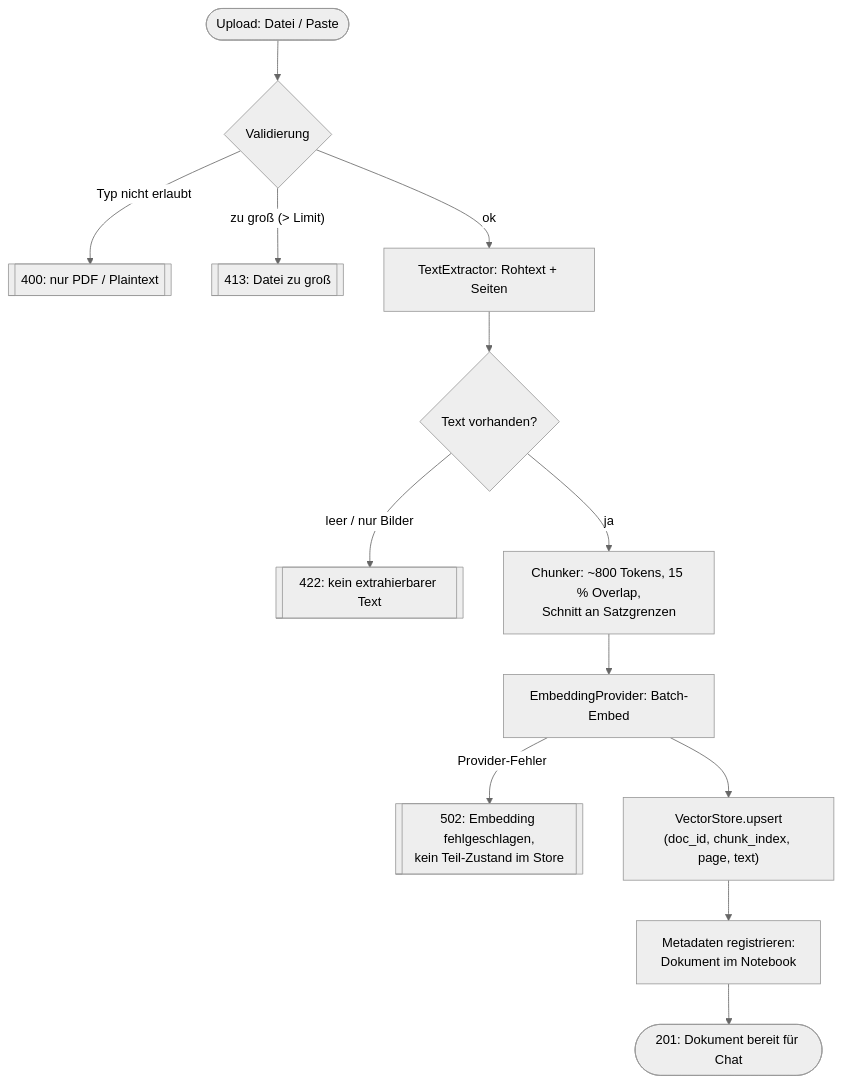
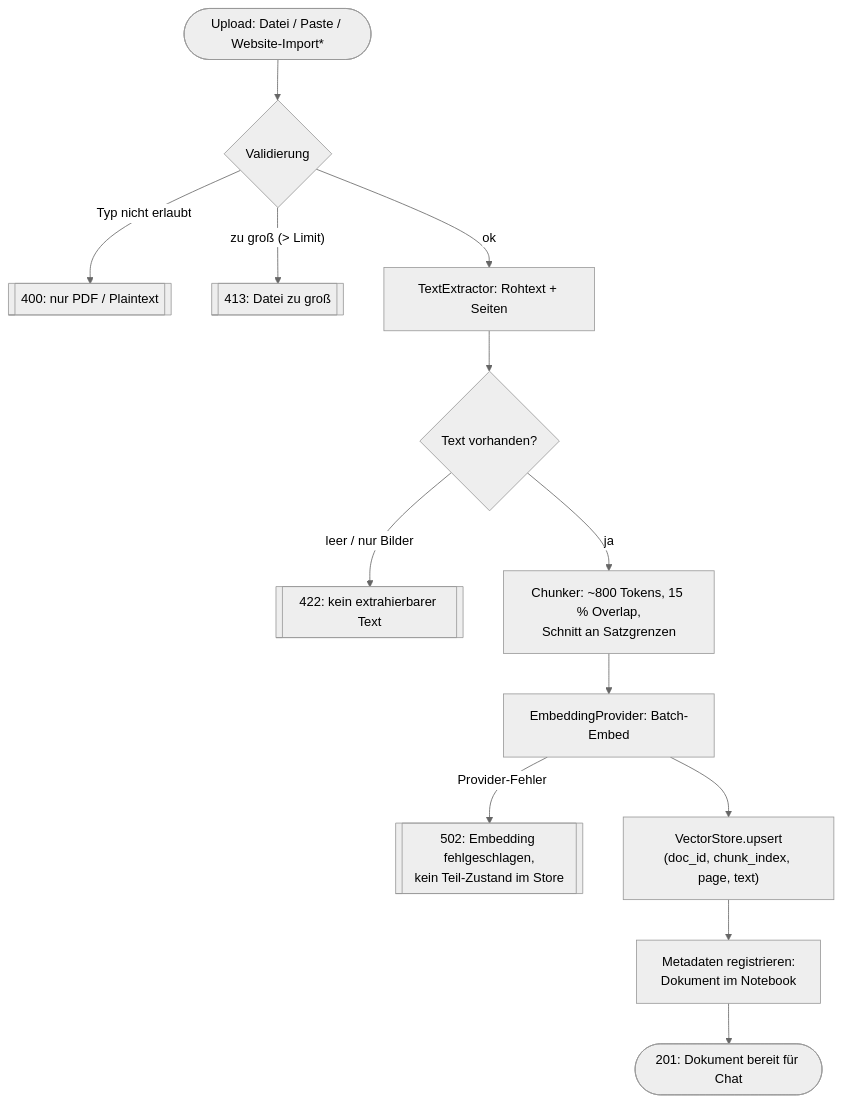
The diagram in docs/activity-ingest.md (tib019/sourcerer), drawn with Mermaid (neutral theme) before and after one commit. The commit also changed other lines of this file and 4 other files, not shown here.

````diff
--- a/docs/activity-ingest.md
+++ b/docs/activity-ingest.md
@@ -3,15 +3,15 @@
 ```mermaid
 flowchart TD
-    A([Upload: Datei / Paste]) --> B{Validierung}
+    A([Upload: Datei / Paste / Website-Import*]) --> B{Validierung}
     B -- "Typ nicht erlaubt" --> E1[[400: nur PDF / Plaintext]]
     B -- "zu groß (> Limit)" --> E2[[413: Datei zu groß]]
     B -- ok --> C[TextExtractor: Rohtext + Seiten]
     C --> D{Text vorhanden?}
     D -- "leer / nur Bilder" --> E3[[422: kein extrahierbarer Text]]
     D -- ja --> F["Chunker: ~800 Tokens, 15 % Overlap,<br/>Schnitt an Satzgrenzen"]
     F --> G[EmbeddingProvider: Batch-Embed]
     G -- "Provider-Fehler" --> E4[[502: Embedding fehlgeschlagen,<br/>kein Teil-Zustand im Store]]
     G --> H["VectorStore.upsert<br/>(doc_id, chunk_index, page, text)"]
     H --> I[Metadaten registrieren:<br/>Dokument im Notebook]
     I --> Z([201: Dokument bereit für Chat])
 ```
````
